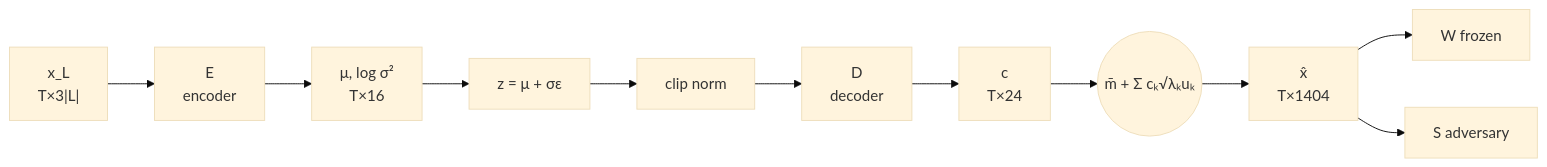
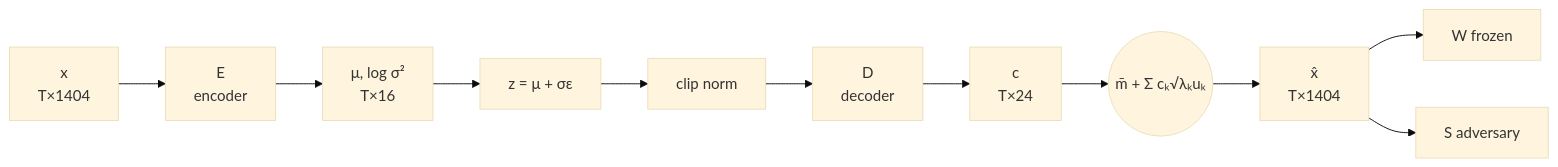
Before and after one commit to pstaykov/Lipread: the diagram in docs/MODELS.md, drawn with Mermaid (base theme). The commit also changed other lines of this file and 1 other file, not shown here.

````diff
--- a/docs/MODELS.md
+++ b/docs/MODELS.md
@@ -76,7 +72,7 @@
 ```mermaid
 flowchart LR
-    X["x_L<br/>T×3|L|"] --> E["E<br/>encoder"] --> MS["μ, log σ²<br/>T×16"] --> Z["z = μ + σε"] --> N["clip norm"] --> D["D<br/>decoder"] --> C["c<br/>T×24"]
+    X["x<br/>T×1404"] --> E["E<br/>encoder"] --> MS["μ, log σ²<br/>T×16"] --> Z["z = μ + σε"] --> N["clip norm"] --> D["D<br/>decoder"] --> C["c<br/>T×24"]
     C --> P(("m̄ + Σ cₖ√λₖuₖ")) --> XH["x̂<br/>T×1404"]
     XH --> W["W frozen"]
     XH --> S["S adversary"]
 ```
````
